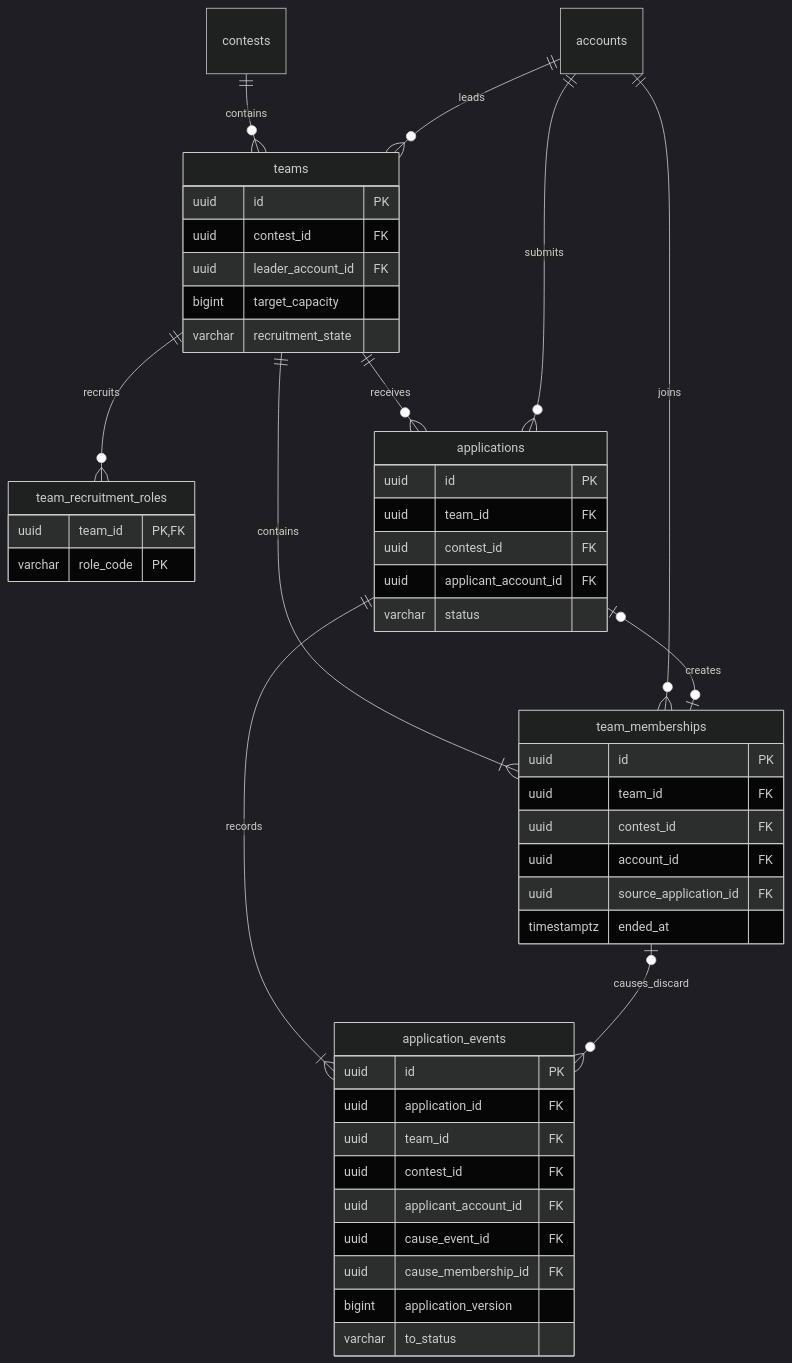
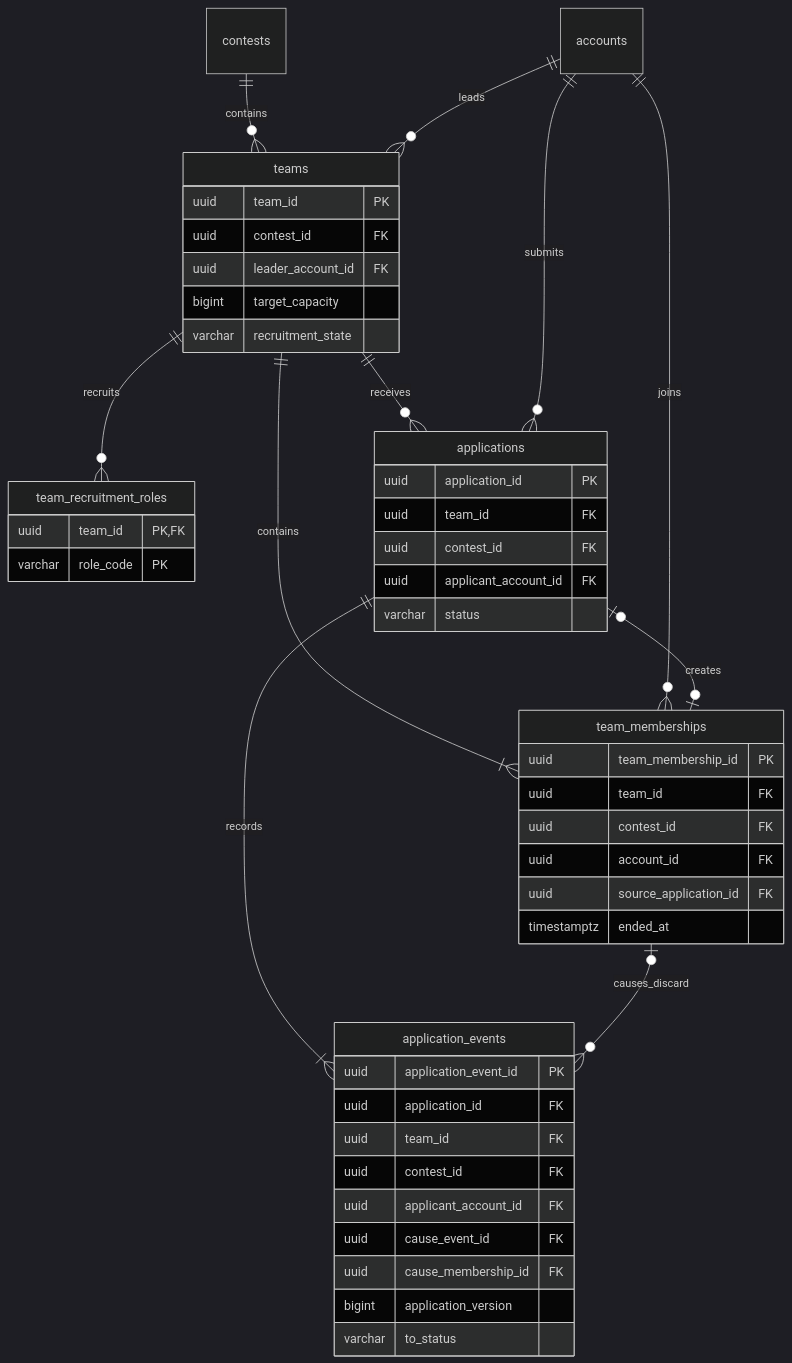
Before and after one commit to wejo-team/sku-dreamon: the diagram in docs/database/teams.md, drawn with Mermaid (dark theme). The commit also changed other lines of this file and 16 other files, not shown here.

````diff
--- a/docs/database/teams.md
+++ b/docs/database/teams.md
@@ -22,50 +22,50 @@
 ```mermaid
 erDiagram
   contests ||--o{ teams : contains
   accounts ||--o{ teams : leads
   teams ||--o{ team_recruitment_roles : recruits
   teams ||--o{ applications : receives
   accounts ||--o{ applications : submits
   teams ||--|{ team_memberships : contains
   accounts ||--o{ team_memberships : joins
   applications o|--o| team_memberships : creates
   applications ||--|{ application_events : records
   team_memberships o|--o{ application_events : causes_discard
   teams {
-    uuid id PK
+    uuid team_id PK
     uuid contest_id FK
     uuid leader_account_id FK
     bigint target_capacity
     varchar recruitment_state
   }
   applications {
-    uuid id PK
+    uuid application_id PK
     uuid team_id FK
     uuid contest_id FK
     uuid applicant_account_id FK
     varchar status
   }
   team_memberships {
-    uuid id PK
+    uuid team_membership_id PK
     uuid team_id FK
     uuid contest_id FK
     uuid account_id FK
     uuid source_application_id FK
     timestamptz ended_at
   }
   team_recruitment_roles {
     uuid team_id PK,FK
     varchar role_code PK
   }
   application_events {
-    uuid id PK
+    uuid application_event_id PK
     uuid application_id FK
     uuid team_id FK
     uuid contest_id FK
     uuid applicant_account_id FK
     uuid cause_event_id FK
     uuid cause_membership_id FK
     bigint application_version
     varchar to_status
   }
 ```
````
